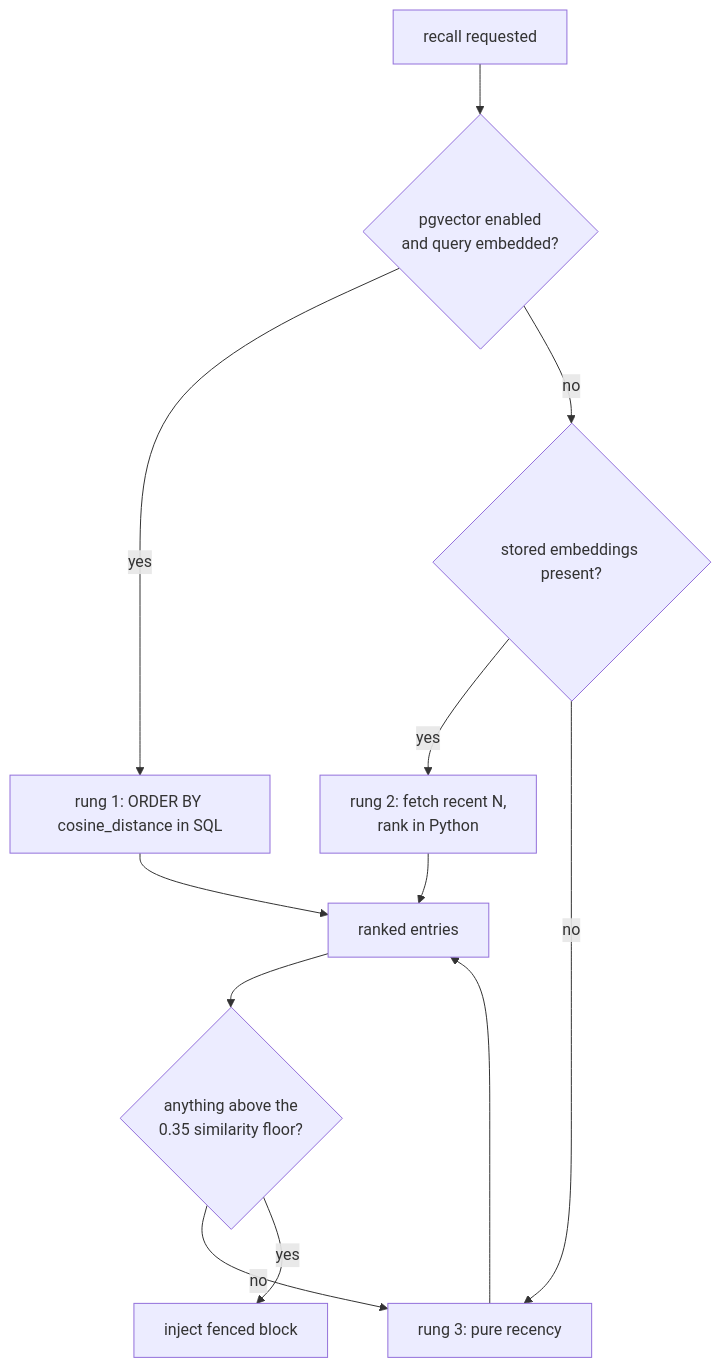
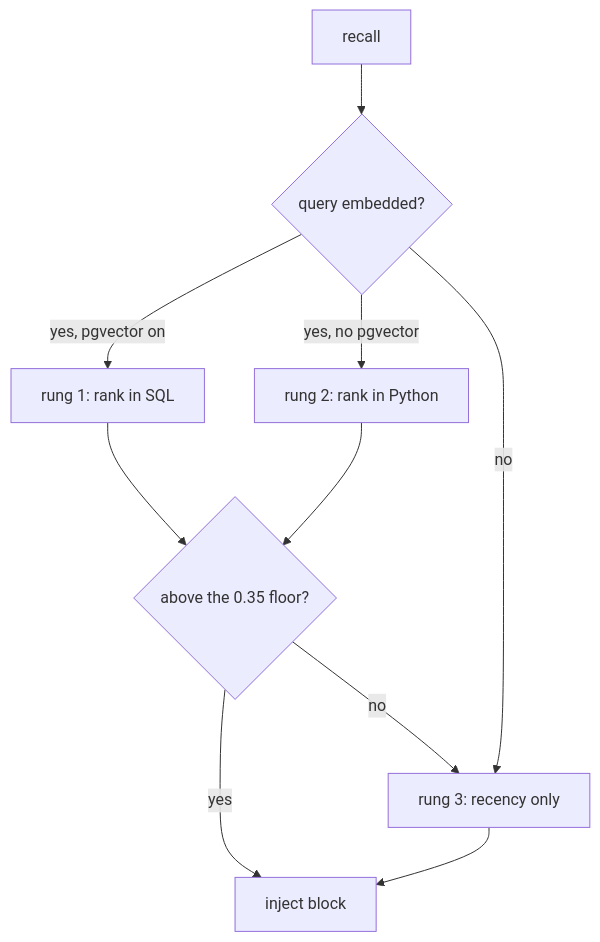
Before and after one commit to ap05-epic/agent-memory-prototype: the fifth of 10 diagrams in docs/agent-memory/ARCHITECTURE.md, drawn with Mermaid. The commit also changed other lines of this file, not shown here.

First line of the commit message:
Fix and simplify the architecture diagrams

````diff
--- a/docs/agent-memory/ARCHITECTURE.md
+++ b/docs/agent-memory/ARCHITECTURE.md
@@ -141,14 +149,12 @@
 ```mermaid
 flowchart TD
-    A["recall requested"] --> B{"pgvector enabled<br/>and query embedded?"}
-    B -- yes --> R1["rung 1: ORDER BY cosine_distance in SQL"]
-    B -- no --> C{"stored embeddings present?"}
-    C -- yes --> R2["rung 2: fetch recent N,<br/>rank in Python"]
-    C -- no --> R3["rung 3: pure recency"]
-    R1 --> OUT["ranked entries"]
-    R2 --> OUT
+    A[recall] --> B{query embedded?}
+    B -->|yes, pgvector on| R1[rung 1: rank in SQL]
+    B -->|yes, no pgvector| R2[rung 2: rank in Python]
+    B -->|no| R3[rung 3: recency only]
+    R1 --> F{"above the 0.35 floor?"}
+    R2 --> F
+    F -->|yes| OUT[inject block]
+    F -->|no| R3
     R3 --> OUT
-    OUT --> F{"anything above the<br/>0.35 similarity floor?"}
-    F -- no --> R3
-    F -- yes --> INJ["inject fenced block"]
 ```
````
